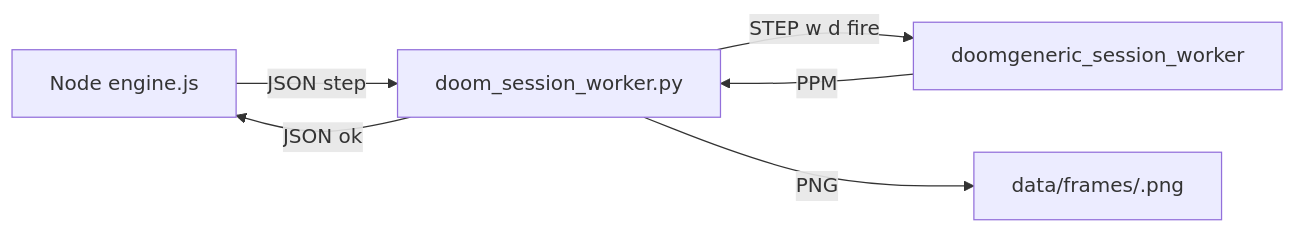
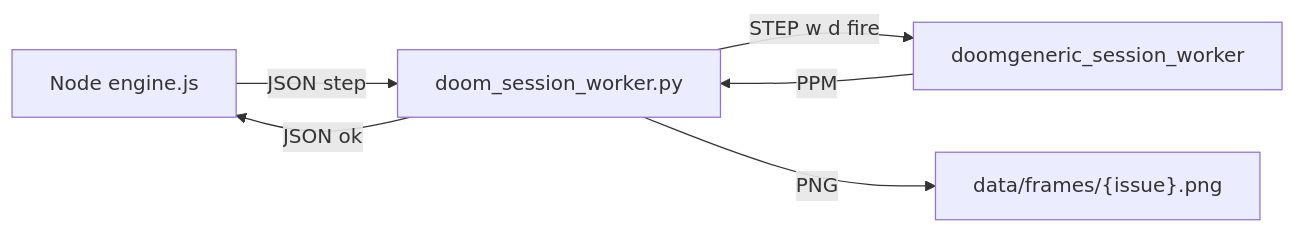
Before and after one commit to FirePheonix/doom-on-github-issues: the fourth of 5 diagrams in documentation/v4-release-notes/persistent-doomgeneric.md, drawn with Mermaid. The commit also changed other lines of this file and 4 other files, not shown here.

Commit message:
docs: normalize v4 mermaid diagrams for mermaid 11

````diff
--- a/documentation/v4-release-notes/persistent-doomgeneric.md
+++ b/documentation/v4-release-notes/persistent-doomgeneric.md
@@ -65,8 +65,8 @@
 ```mermaid
 flowchart LR
-  NODE[Node engine.js] -->|JSON step| PY[doom_session_worker.py]
-  PY -->|STEP w d fire| C[doomgeneric_session_worker]
+  NODE["Node engine.js"] -->|JSON step| PY["doom_session_worker.py"]
+  PY -->|STEP w d fire| C["doomgeneric_session_worker"]
   C -->|PPM| PY
-  PY -->|PNG| FRAME[data/frames/<issue>.png]
+  PY -->|PNG| FRAME["data/frames/{issue}.png"]
   PY -->|JSON ok| NODE
 ```
````
